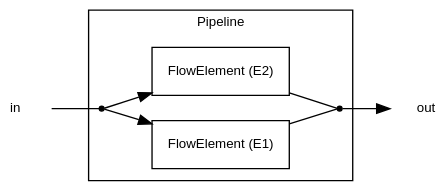
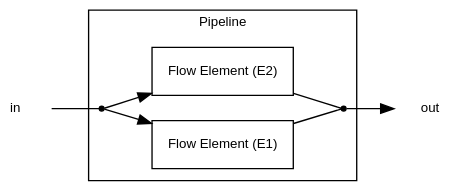
Before and after one commit to 51Degrees/documentation: the diagram in src/graphs/pipeline-parallel-process.dot, drawn with Graphviz. The commit also changed 7 other files, not shown here.

Commit message:
BUILD/DOC: Added aliases for common links to the DoxyFiles. This means for example "[pipeline](@ref Concepts_Pipeline)" can be replaced with @pipeline. Also updated docs on flow element.

```diff
--- a/src/graphs/pipeline-parallel-process.dot
+++ b/src/graphs/pipeline-parallel-process.dot
@@ -1,25 +1,25 @@
 digraph P {
     rankdir=LR;
     compond=true;
     bgcolor=transparent;
     node [ shape=record, fontname=Helvetica, fontsize=10 ];
     
     i [ label=in, shape=plaintext ];
     subgraph clusterP {
         label="Pipeline";
         fontname=Helvetica;
         fontsize=10;
         I1 [label="", shape=point ];
-        E1 [label="FlowElement (E1)"];
-        E2 [label="FlowElement (E2)"];
+        E1 [label="Flow Element (E1)"];
+        E2 [label="Flow Element (E2)"];
         I2 [label="", shape=point ];
     };
     o [ label="out" shape=plaintext ];
     
     i -> I1 [arrowhead=none];
     I1 -> E1;
     E1 -> I2 [arrowhead=none];
     I2 -> o;
     I1 -> E2;
     E2 -> I2 [arrowhead=none];
 }
```
